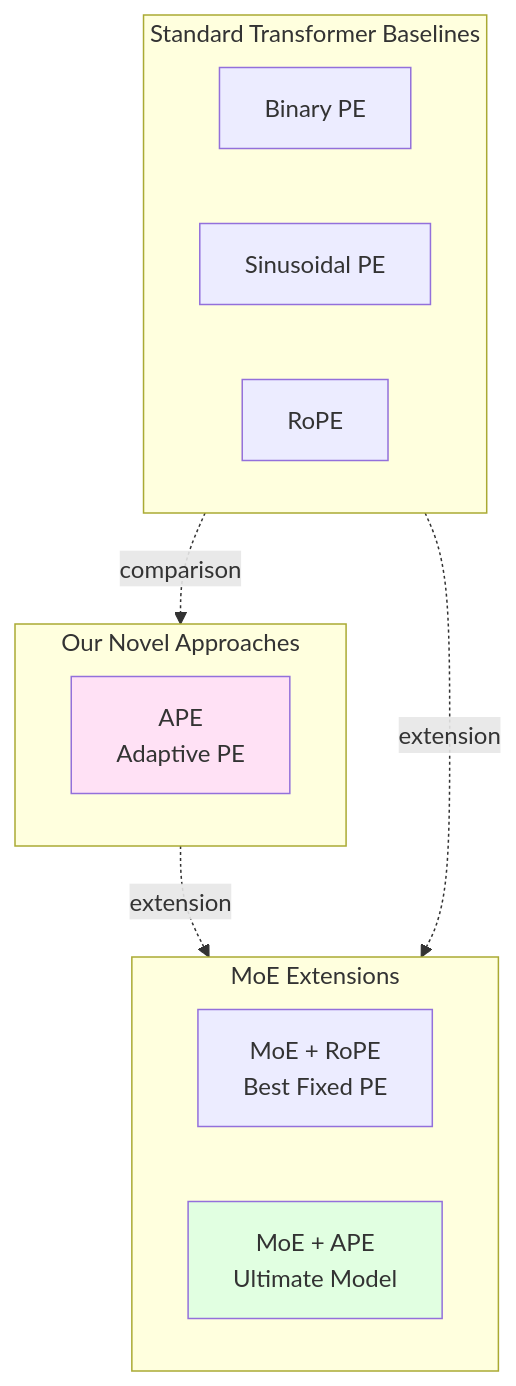
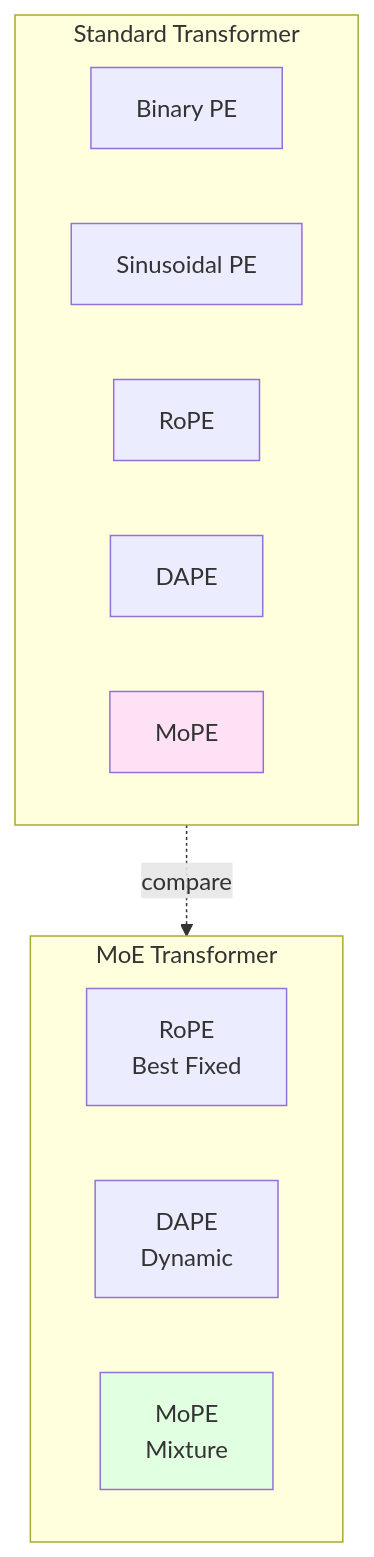
Before and after one commit to zeeza18/PE-COMPARISON-MOE: the fifth of 5 diagrams in README.md, drawn with Mermaid. The commit also changed other lines of this file, not shown here.

First line of the commit message:
Reposition research as Mixture of Positional Encodings (MoPE)

````diff
--- a/README.md
+++ b/README.md
@@ -236,23 +377,20 @@
 ```mermaid
 graph TB
-    subgraph Baseline["Standard Transformer Baselines"]
-        B1[Binary PE]
-        B2[Sinusoidal PE]
-        B3[RoPE]
+    subgraph Standard["Standard Transformer"]
+        S1[Binary PE]
+        S2[Sinusoidal PE]
+        S3[RoPE]
+        S4[DAPE]
+        S5[MoPE]
+        style S5 fill:#ffe1f5
     end
 
-    subgraph Novel["Our Novel Approaches"]
-        N1[APE<br/>Adaptive PE]
-        style N1 fill:#ffe1f5
+    subgraph MoE["MoE Transformer"]
+        M1[RoPE<br/>Best Fixed]
+        M2[DAPE<br/>Dynamic]
+        M3[MoPE<br/>Mixture]
+        style M3 fill:#e1ffe1
     end
 
-    subgraph Advanced["MoE Extensions"]
-        M1[MoE + RoPE<br/>Best Fixed PE]
-        M2[MoE + APE<br/>Ultimate Model]
-        style M2 fill:#e1ffe1
-    end
-
-    Baseline -.comparison.-> Novel
-    Novel -.extension.-> Advanced
-    Baseline -.extension.-> Advanced
+    Standard -.compare.-> MoE
 ```
````
